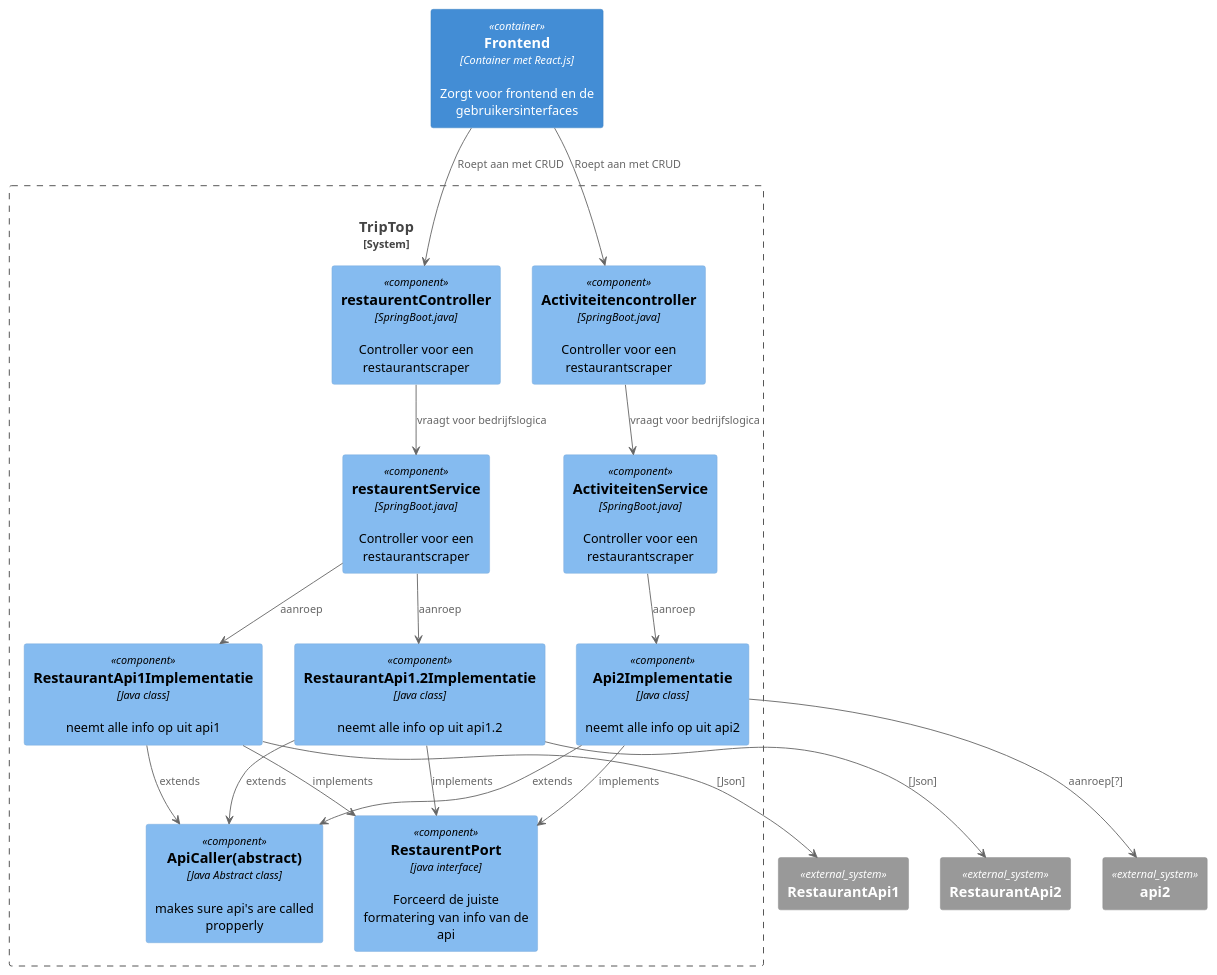
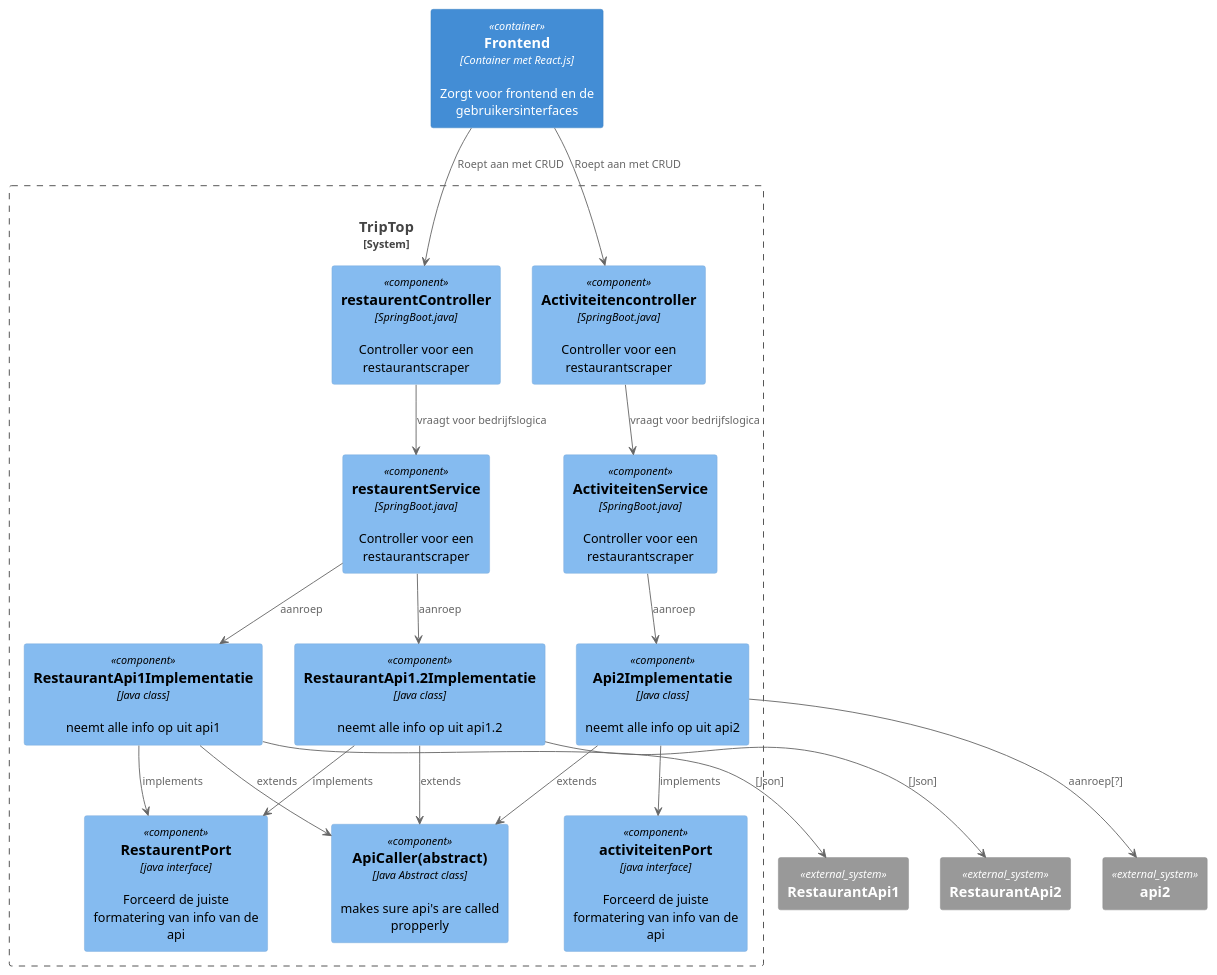
Before and after one commit to AIM-ENE-feb25/triptop-jrn: the diagram in HuiswerkRob/huiswerk2-3/ComponentDiagramExternalSystem.puml, drawn with PlantUML. The commit also changed 1 other file, not shown here.

```diff
--- a/HuiswerkRob/huiswerk2-3/ComponentDiagramExternalSystem.puml
+++ b/HuiswerkRob/huiswerk2-3/ComponentDiagramExternalSystem.puml
@@ -1,52 +1,53 @@
 @startuml
 !include <C4/C4_Container>
 !include <C4/C4_Component>
 !include https://raw.githubusercontent.com/plantuml-stdlib/C4-PlantUML/master/C4_Component.puml
 
 Container("frontend", "Frontend", "Container met React.js", "Zorgt voor frontend en de gebruikersinterfaces")
 
 System_Boundary(triptop_core, "TripTop") {
 Component("restaurentController", "restaurentController","SpringBoot.java","Controller voor een restaurantscraper")
 Component("Activiteitencontroller", "Activiteitencontroller","SpringBoot.java","Controller voor een restaurantscraper")
 Component("restaurentService", "restaurentService","SpringBoot.java","Controller voor een restaurantscraper")
 Component("ActiviteitenService", "ActiviteitenService","SpringBoot.java","Controller voor een restaurantscraper")
 Component("ApiCaller", "ApiCaller(abstract)","Java Abstract class", "makes sure api's are called propperly")
 Component("RestaurentPort","RestaurentPort", "java interface", "Forceerd de juiste formatering van info van de api")
+Component("activiteitenPort","activiteitenPort", "java interface", "Forceerd de juiste formatering van info van de api")
 Component("RestaurantApi1Implementatie", "RestaurantApi1Implementatie", "Java class", "neemt alle info op uit api1")
 Component("RestaurantApi1.2Implementatie", "RestaurantApi1.2Implementatie", "Java class", "neemt alle info op uit api1.2")
 Component("Api2Implementatie", "Api2Implementatie", "Java class", "neemt alle info op uit api2")
 }
 
 System_Ext("RestaurantApi1","RestaurantApi1")
 System_Ext("RestaurantApi2","RestaurantApi2")
 System_Ext("api2","api2")
 
 
 frontend --> restaurentController : "Roept aan met CRUD"
 frontend --> Activiteitencontroller : "Roept aan met CRUD"
 
 restaurentController --> restaurentService : "vraagt voor bedrijfslogica"
 Activiteitencontroller --> ActiviteitenService : "vraagt voor bedrijfslogica"
 
 restaurentService --> "RestaurantApi1Implementatie" : "aanroep"
 restaurentService --> "RestaurantApi1.2Implementatie" : "aanroep"
 
 ActiviteitenService --> "Api2Implementatie" : "aanroep"
 
 "RestaurantApi1Implementatie" --> "ApiCaller" : "extends"
 "RestaurantApi1.2Implementatie" --> "ApiCaller" : "extends"
 "Api2Implementatie" --> "ApiCaller" : "extends"
 
 "RestaurantApi1Implementatie" --> "RestaurentPort" : "implements"
 "RestaurantApi1.2Implementatie" --> "RestaurentPort" : "implements"
-"Api2Implementatie" --> "RestaurentPort" : "implements"
+"Api2Implementatie" --> "activiteitenPort" : "implements"
 
 "RestaurantApi1Implementatie" --> "RestaurantApi1" : "[Json]"
 "RestaurantApi1.2Implementatie" --> "RestaurantApi2" : "[Json]"
 
 "Api2Implementatie" --> "api2" : "aanroep[?]"
 
 
 
 
 @enduml
```
